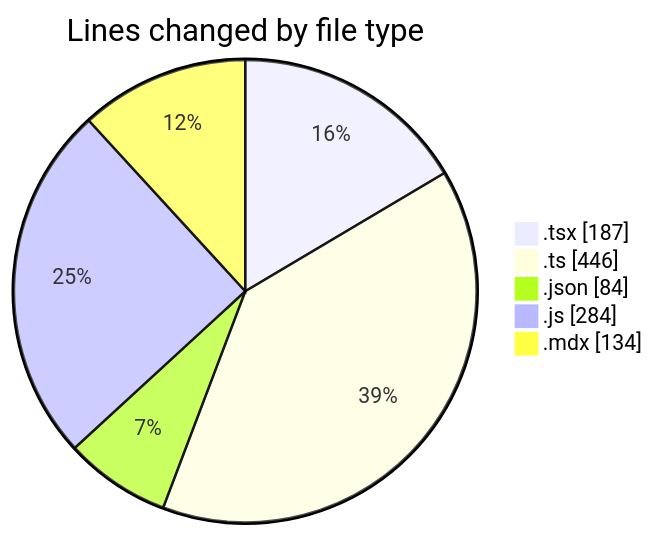
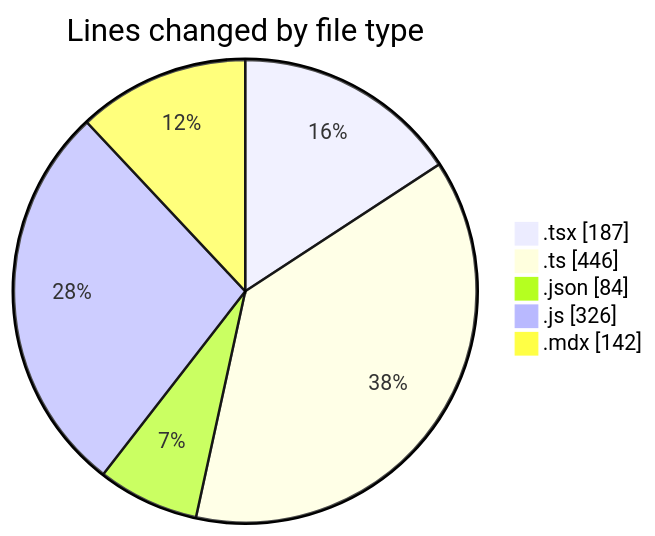
One commit to momahboobian/code-tracking changed the first of 2 diagrams in 2026-03-30/cda/README.md. Above: the diagram before and after it, drawn with Mermaid. The commit also changed other lines of this file and 1 other file, not shown here.

````diff
--- a/2026-03-30/cda/README.md
+++ b/2026-03-30/cda/README.md
@@ -24,9 +24,9 @@
 ```mermaid
 pie showData
 title Lines changed by file type
 ".tsx" : 187
 ".ts" : 446
 ".json" : 84
-".js" : 284
-".mdx" : 134
+".js" : 326
+".mdx" : 142
 ```
````
